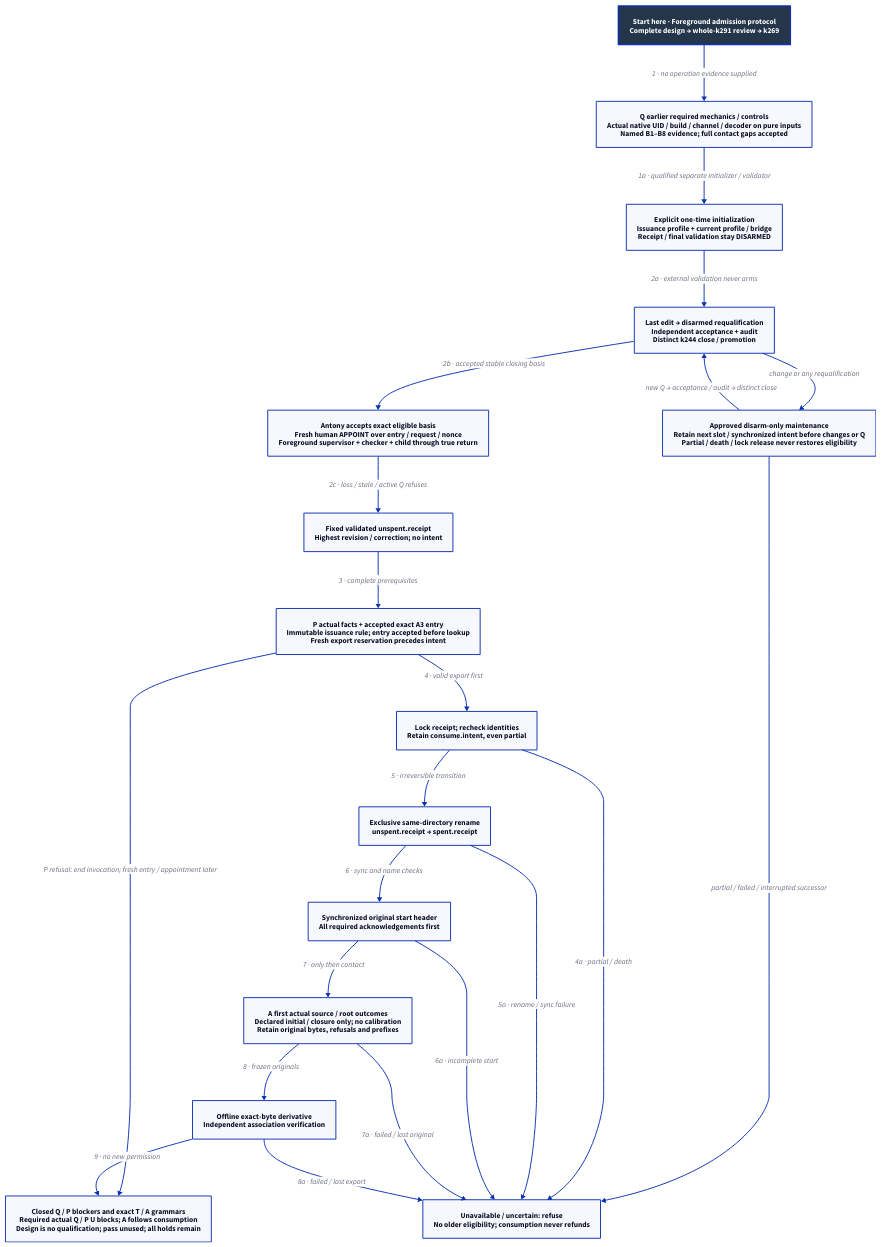
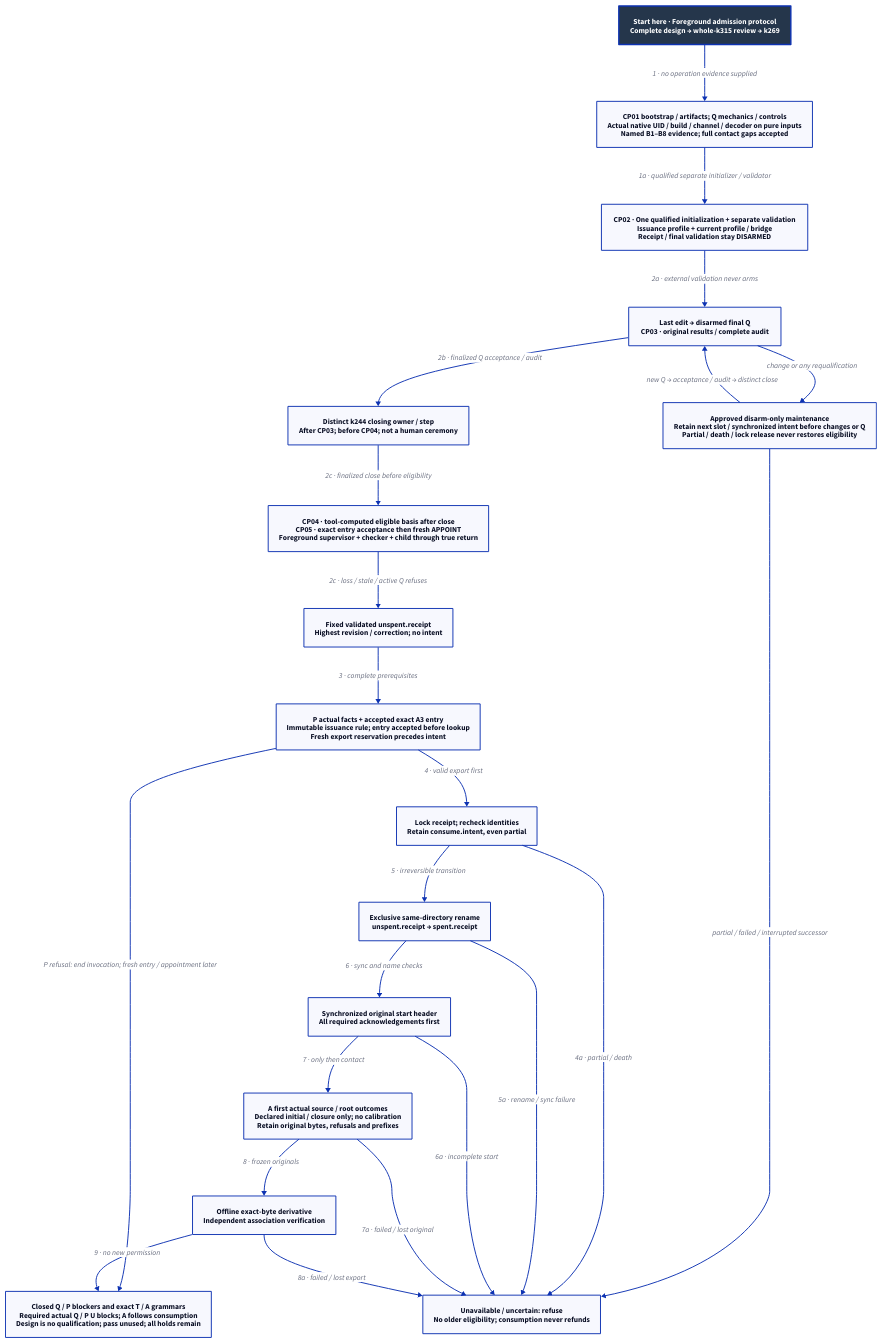
Before and after one commit to Linkuistics/Koine: the diagram in docs/design/architecture/native-reference-admission.d2, drawn with D2. The commit also changed 52 other files, not shown here.

Commit message:
Repair practical reference admission design (reference-evidence-practical-admission-k315)

```diff
--- a/docs/design/architecture/native-reference-admission.d2
+++ b/docs/design/architecture/native-reference-admission.d2
@@ -1,41 +1,43 @@
 # Proposed lifecycle; complete contract is normative and qualification remains due.
 direction: down
 classes: {
   start: {style: {fill: "#25364B"; font-color: "#FFFFFF"; bold: true; stroke-width: 3}}
 }
-Start: "Start here · Foreground admission protocol\nComplete design → whole-k291 review → k269" {class: start}
-Qualify: "Q earlier required mechanics / controls\nActual native UID / build / channel / decoder on pure inputs\nNamed B1–B8 evidence; full contact gaps accepted"
-Provision: "Explicit one-time initialization\nIssuance profile + current profile / bridge\nReceipt / final validation stay DISARMED"
-Final: "Last edit → disarmed requalification\nIndependent acceptance + audit\nDistinct k244 close / promotion"
-Release: "Antony accepts exact eligible basis\nFresh human APPOINT over entry / request / nonce\nForeground supervisor + checker + child through true return"
+Start: "Start here · Foreground admission protocol\nComplete design → whole-k315 review → k269" {class: start}
+Qualify: "CP01 bootstrap / artifacts; Q mechanics / controls\nActual native UID / build / channel / decoder on pure inputs\nNamed B1–B8 evidence; full contact gaps accepted"
+Provision: "CP02 · One qualified initialization + separate validation\nIssuance profile + current profile / bridge\nReceipt / final validation stay DISARMED"
+Final: "Last edit → disarmed final Q\nCP03 · original results / complete audit"
+Release: "CP04 · tool-computed eligible basis after close\nCP05 · exact entry acceptance then fresh APPOINT\nForeground supervisor + checker + child through true return"
 Ready: "Fixed validated unspent.receipt\nHighest revision / correction; no intent"
 Export: "P actual facts + accepted exact A3 entry\nImmutable issuance rule; entry accepted before lookup\nFresh export reservation precedes intent"
 Intent: "Lock receipt; recheck identities\nRetain consume.intent, even partial"
 Spent: "Exclusive same-directory rename\nunspent.receipt → spent.receipt"
 Original: "Synchronized original start header\nAll required acknowledgements first"
 Capture: "A first actual source / root outcomes\nDeclared initial / closure only; no calibration\nRetain original bytes, refusals and prefixes"
 Derivative: "Offline exact-byte derivative\nIndependent association verification"
 Refuse: "Unavailable / uncertain: refuse\nNo older eligibility; consumption never refunds"
 Limit: "Closed Q / P blockers and exact T / A grammars\nRequired actual Q / P U blocks; A follows consumption\nDesign is no qualification; pass unused; all holds remain"
 Maintenance: "Approved disarm-only maintenance\nRetain next slot / synchronized intent before changes or Q\nPartial / death / lock release never restores eligibility"
 Start -> Qualify: "1 · no operation evidence supplied"
 Qualify -> Provision: "1a · qualified separate initializer / validator"
 Provision -> Final: "2a · external validation never arms"
-Final -> Release: "2b · accepted stable closing basis"
+Close: "Distinct k244 closing owner / step\nAfter CP03; before CP04; not a human ceremony"
+Final -> Close: "2b · finalized Q acceptance / audit"
+Close -> Release: "2c · finalized close before eligibility"
 Final -> Maintenance: "change or any requalification"
 Maintenance -> Final: "new Q → acceptance / audit → distinct close"
 Maintenance -> Refuse: "partial / failed / interrupted successor"
 Release -> Ready: "2c · loss / stale / active Q refuses"
 Ready -> Export: "3 · complete prerequisites"
 Export -> Intent: "4 · valid export first"
 Export -> Limit: "P refusal: end invocation; fresh entry / appointment later"
 Intent -> Spent: "5 · irreversible transition"
 Spent -> Original: "6 · sync and name checks"
 Original -> Capture: "7 · only then contact"
 Capture -> Derivative: "8 · frozen originals"
 Derivative -> Limit: "9 · no new permission"
 Intent -> Refuse: "4a · partial / death"
 Spent -> Refuse: "5a · rename / sync failure"
 Original -> Refuse: "6a · incomplete start"
 Capture -> Refuse: "7a · failed / lost original"
 Derivative -> Refuse: "8a · failed / lost export"
```
